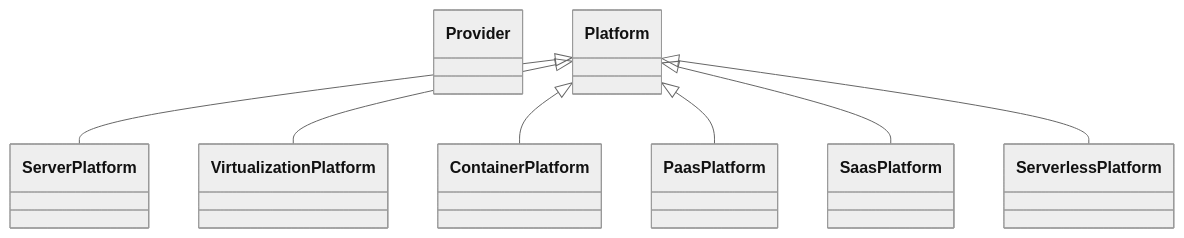
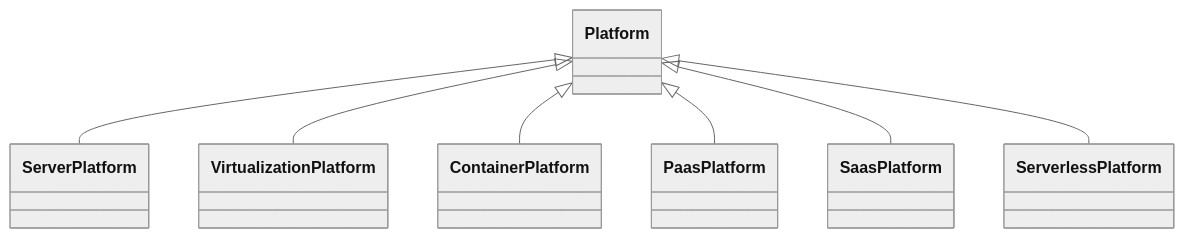
One commit to oasis-open/tosca-community-contributions changed the diagram in profiles/community/tosca/abstract/platform/README.md. Above: the diagram before and after it, drawn with Mermaid (neutral theme). The commit also changed other lines of this file and 15 other files, not shown here.

````diff
--- a/profiles/community/tosca/abstract/platform/README.md
+++ b/profiles/community/tosca/abstract/platform/README.md
@@ -45,10 +13,9 @@
 ```mermaid
 classDiagram
-    class Provider
     Platform <|-- ServerPlatform
     Platform <|-- VirtualizationPlatform
     Platform <|-- ContainerPlatform
     Platform <|-- PaasPlatform
     Platform <|-- SaasPlatform
     Platform <|-- ServerlessPlatform
 ```
````
